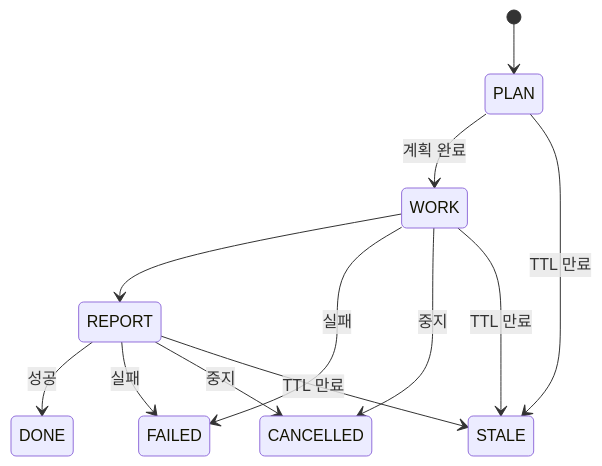
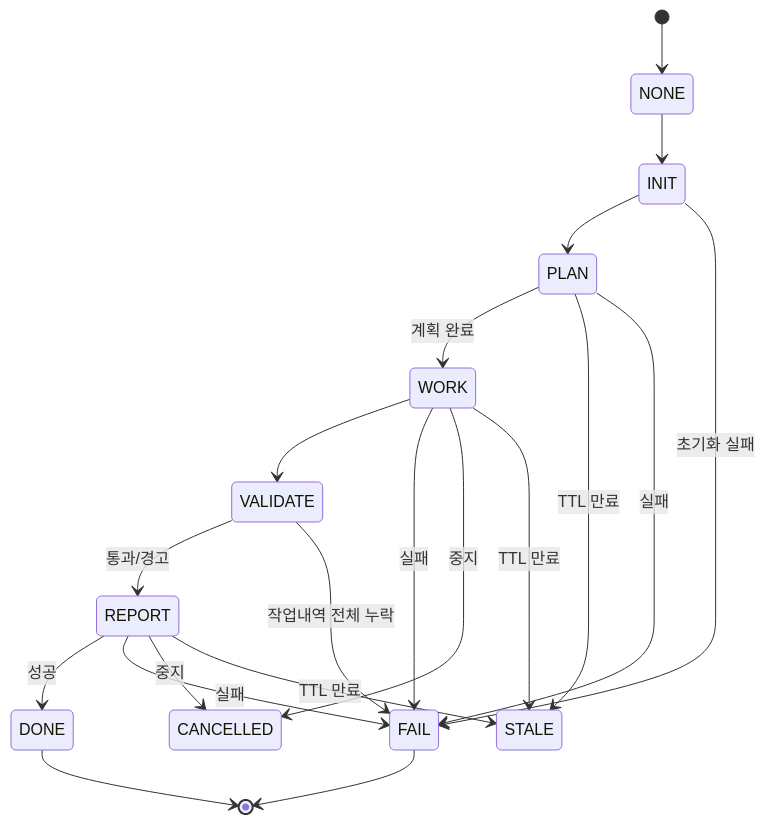
The diagram in .claude/skills/workflow-orchestration/SKILL.md (KoreanLeeChangHyun/claude-workflow), drawn with Mermaid before and after one commit. The commit also changed other lines of this file, not shown here.

````diff
--- a/.claude/skills/workflow-orchestration/SKILL.md
+++ b/.claude/skills/workflow-orchestration/SKILL.md
@@ -14,14 +14,22 @@
 ```mermaid
 stateDiagram-v2
-    [*] --> PLAN
+    [*] --> NONE
+    NONE --> INIT
+    INIT --> PLAN
+    INIT --> FAIL: 초기화 실패
     PLAN --> WORK: 계획 완료
     PLAN --> STALE: TTL 만료
-    WORK --> REPORT
-    WORK --> FAILED: 실패
-    REPORT --> DONE: 성공
-    REPORT --> FAILED: 실패
+    PLAN --> FAIL: 실패
+    WORK --> VALIDATE
+    WORK --> FAIL: 실패
     WORK --> CANCELLED: 중지
     WORK --> STALE: TTL 만료
+    VALIDATE --> REPORT: 통과/경고
+    VALIDATE --> FAIL: 작업내역 전체 누락
+    REPORT --> DONE: 성공
+    REPORT --> FAIL: 실패
     REPORT --> CANCELLED: 중지
     REPORT --> STALE: TTL 만료
+    DONE --> [*]
+    FAIL --> [*]
 ```
````
